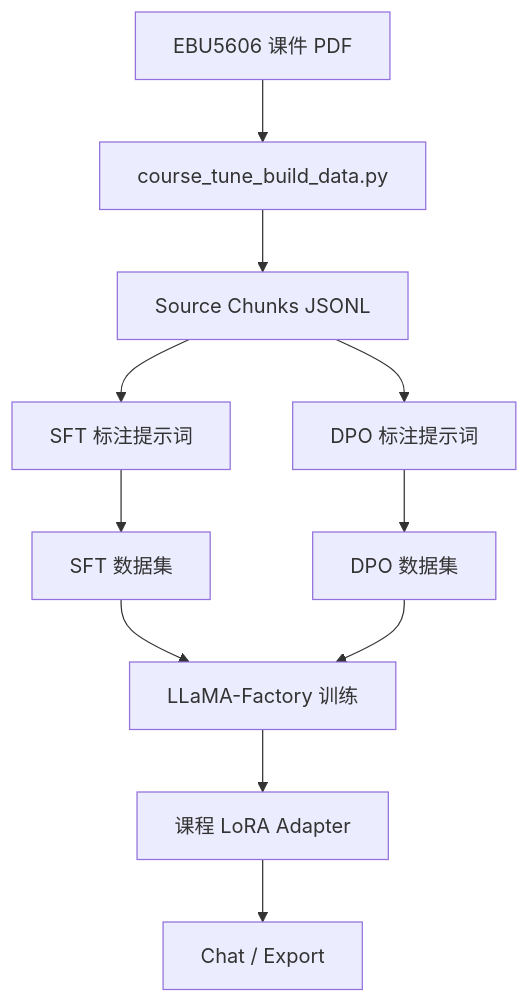
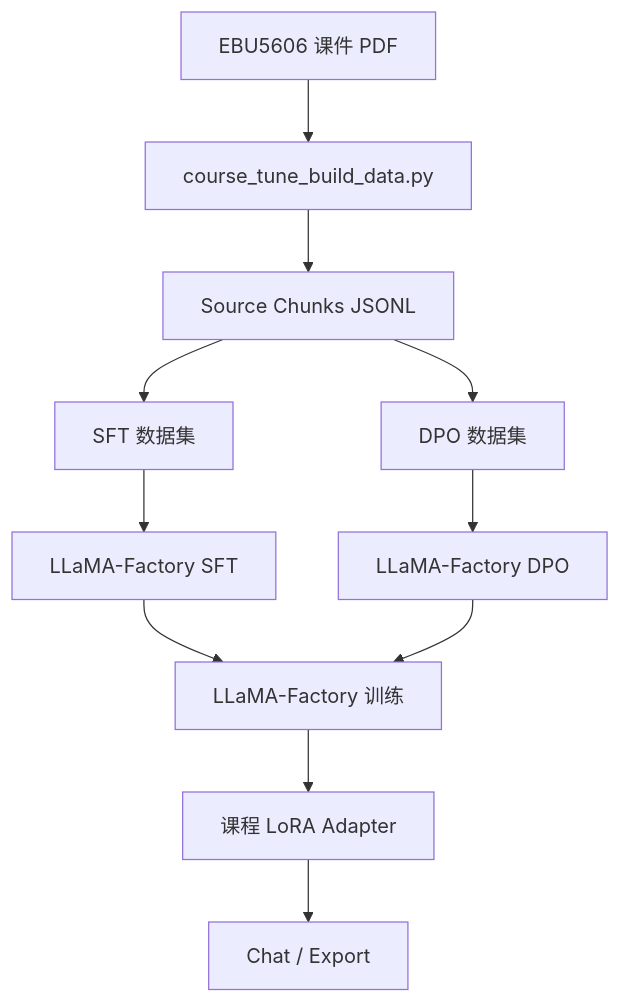
The diagram in README_zh.md (GuMiShDo666/coursetune), drawn with Mermaid before and after one commit. The commit also changed other lines of this file and 12 other files, not shown here.

````diff
--- a/README_zh.md
+++ b/README_zh.md
@@ -99,13 +155,13 @@
 ```mermaid
 graph TD
     A[EBU5606 课件 PDF] --> B[course_tune_build_data.py]
     B --> C[Source Chunks JSONL]
-    C --> D[SFT 标注提示词]
-    C --> E[DPO 标注提示词]
-    D --> F[SFT 数据集]
-    E --> G[DPO 数据集]
+    C --> D[SFT 数据集]
+    C --> E[DPO 数据集]
+    D --> F[LLaMA-Factory SFT]
+    E --> G[LLaMA-Factory DPO]
     F --> H[LLaMA-Factory 训练]
     G --> H
     H --> I[课程 LoRA Adapter]
     I --> J[Chat / Export]
 ```
````
